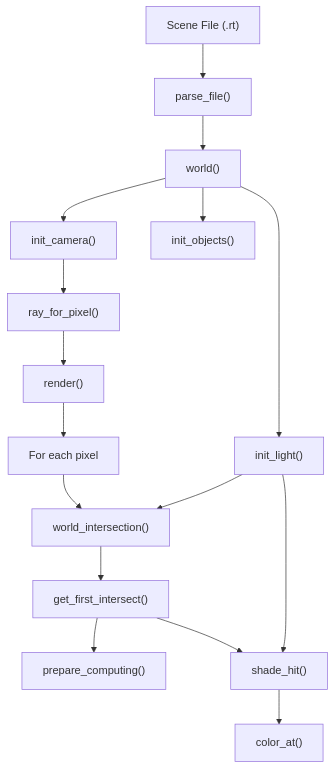
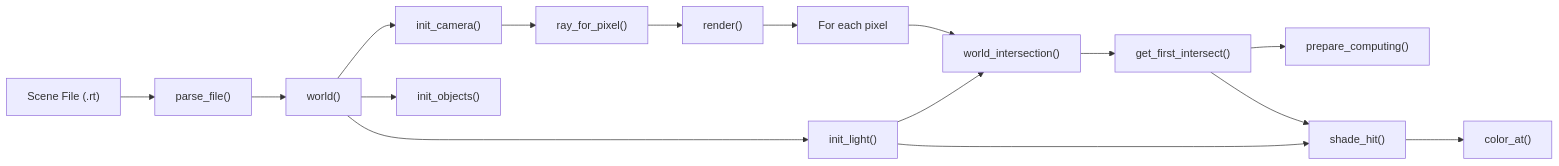
The second of 2 diagrams in README.md (moh3333/minirt), drawn with Mermaid before and after one commit.

````diff
--- a/README.md
+++ b/README.md
@@ -54,19 +54,19 @@
 ```mermaid
 
-flowchart TD
+flowchart LR
     A["Scene File (.rt)"] --> B["parse_file()"]
     B --> C["world()"]
     C --> D["init_camera()"]
     C --> E["init_objects()"]
     C --> F["init_light()"]
     D --> J["ray_for_pixel()"]
     J --> I["render()"]
     I --> L[For each pixel]
     L --> P["world_intersection()"]
     F --> P
     P --> O["get_first_intersect()"]
     O --> H["prepare_computing()"]
     O --> R["shade_hit()"]
     F --> R
     R --> U["color_at()"]
 ```
````
